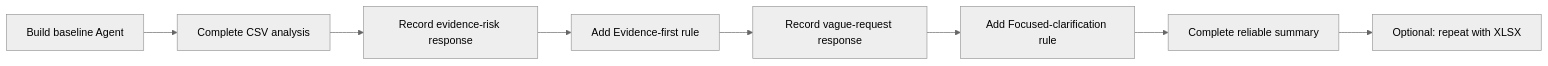
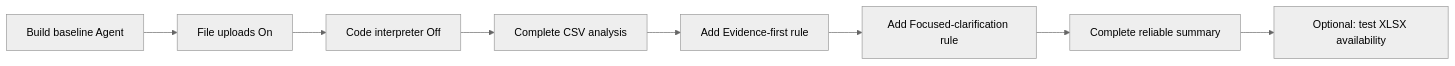
Before and after one commit to teerasej/ptt-gc-ai-creatiion-public: the diagram in exercises/module-2/exercise-6-engine-anomaly-review-assistant/README.md, drawn with Mermaid (neutral theme). The commit also changed other lines of this file and 1 other file, not shown here.

Commit message:
Add no-code-interpreter CSV path guidance

````diff
--- a/exercises/module-2/exercise-6-engine-anomaly-review-assistant/README.md
+++ b/exercises/module-2/exercise-6-engine-anomaly-review-assistant/README.md
@@ -15,10 +24,10 @@
 ```mermaid
 flowchart LR
-    A[Build baseline Agent] --> B[Complete CSV analysis]
-    B --> C[Record evidence-risk response]
-    C --> D[Add Evidence-first rule]
-    D --> E[Record vague-request response]
+    A[Build baseline Agent] --> B[File uploads On]
+    B --> C[Code interpreter Off]
+    C --> D[Complete CSV analysis]
+    D --> E[Add Evidence-first rule]
     E --> F[Add Focused-clarification rule]
     F --> G[Complete reliable summary]
-    G --> H[Optional: repeat with XLSX]
+    G --> H[Optional: test XLSX availability]
 ```
````
